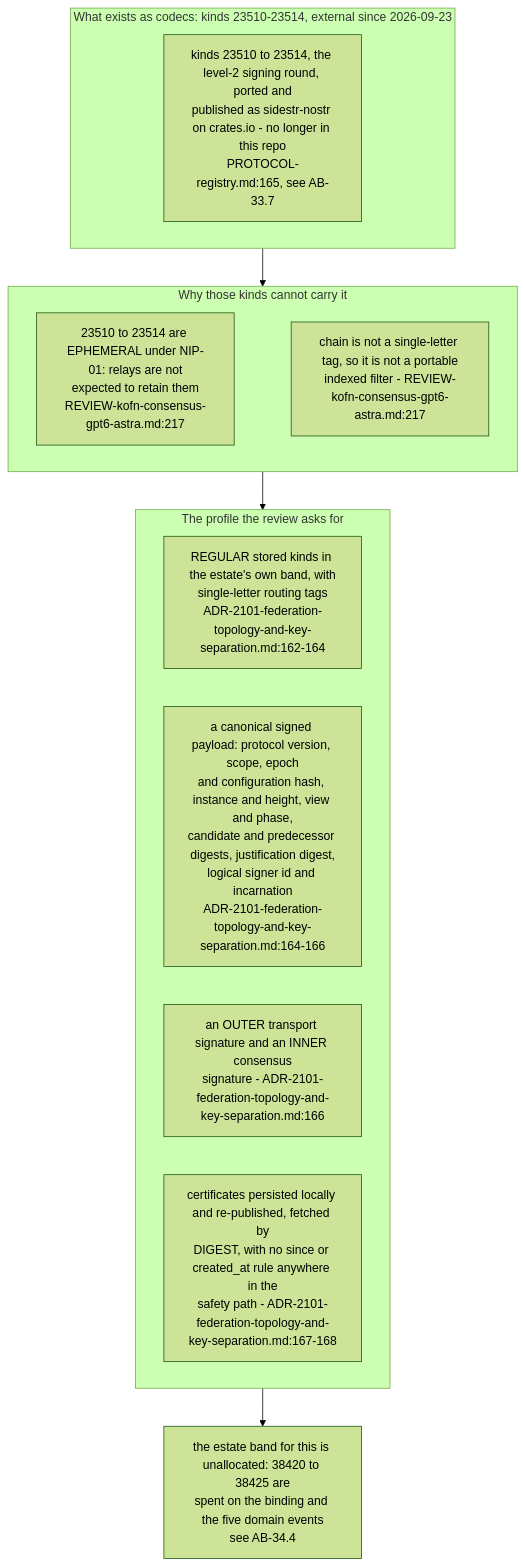
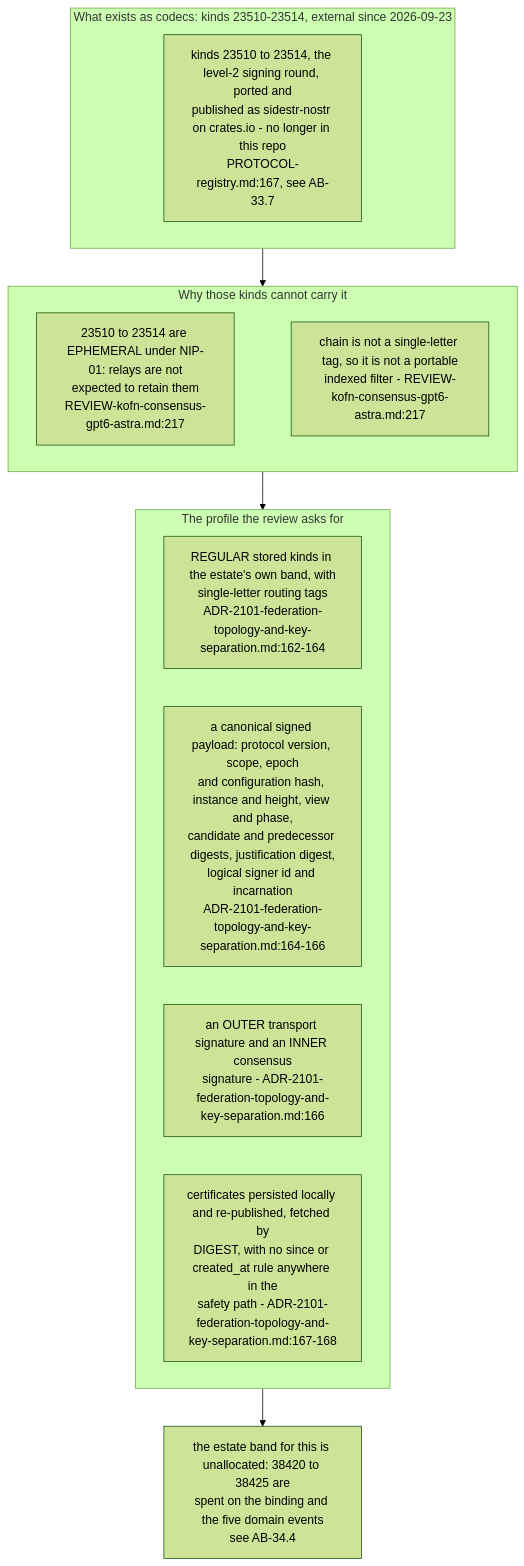
The third of 5 diagrams in docs/diagrams/agentbox/35-sidestr-level-2-consensus.md (DreamLab-AI/VisionFlow), drawn with Mermaid (forest theme) before and after one commit. The commit also changed other lines of this file and 111 other files, not shown here.

Commit message:
docs(diagrams): align estate maps with current source

````diff
--- a/docs/diagrams/agentbox/35-sidestr-level-2-consensus.md
+++ b/docs/diagrams/agentbox/35-sidestr-level-2-consensus.md
@@ -80,20 +82,20 @@
 ```mermaid
 flowchart TB
     subgraph have["What exists as codecs: kinds 23510-23514, external since 2026-09-23"]
-        C1["kinds 23510 to 23514, the level-2 signing round, ported and<br/>published as sidestr-nostr on crates.io - no longer in this repo<br/>PROTOCOL-registry.md:165, see AB-33.7"]
+        C1["kinds 23510 to 23514, the level-2 signing round, ported and<br/>published as sidestr-nostr on crates.io - no longer in this repo<br/>PROTOCOL-registry.md:167, see AB-33.7"]
     end
     subgraph broken["Why those kinds cannot carry it"]
         B1["23510 to 23514 are EPHEMERAL under NIP-01: relays are not<br/>expected to retain them<br/>REVIEW-kofn-consensus-gpt6-astra.md:217"]
         B2["chain is not a single-letter tag, so it is not a portable<br/>indexed filter - REVIEW-kofn-consensus-gpt6-astra.md:217"]
         B1 ~~~ B2
     end
     subgraph want["The profile the review asks for"]
         W1["REGULAR stored kinds in the estate's own band, with<br/>single-letter routing tags<br/>ADR-2101-federation-topology-and-key-separation.md:162-164"]
         W2["a canonical signed payload: protocol version, scope, epoch<br/>and configuration hash, instance and height, view and phase,<br/>candidate and predecessor digests, justification digest,<br/>logical signer id and incarnation<br/>ADR-2101-federation-topology-and-key-separation.md:164-166"]
         W3["an OUTER transport signature and an INNER consensus<br/>signature - ADR-2101-federation-topology-and-key-separation.md:166"]
         W4["certificates persisted locally and re-published, fetched by<br/>DIGEST, with no since or created_at rule anywhere in the<br/>safety path - ADR-2101-federation-topology-and-key-separation.md:167-168"]
     end
     have --> broken
     broken --> want
     want --> BAND["the estate band for this is unallocated: 38420 to 38425 are<br/>spent on the binding and the five domain events<br/>see AB-34.4"]
 ```
````
